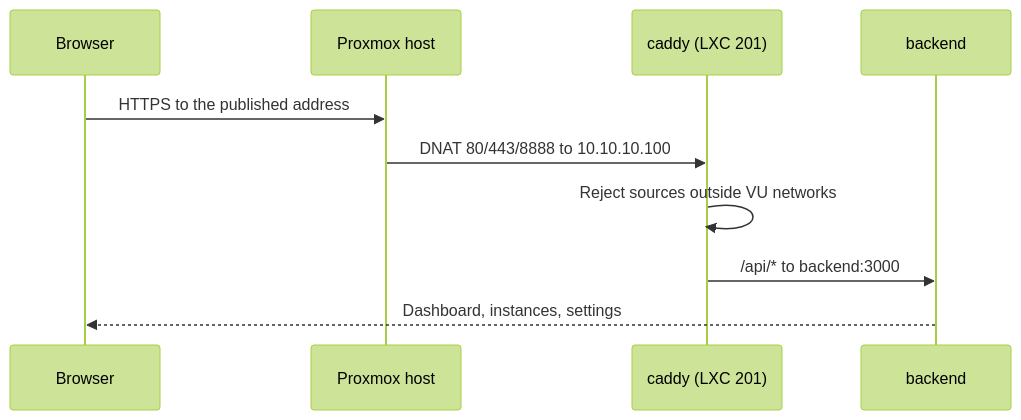
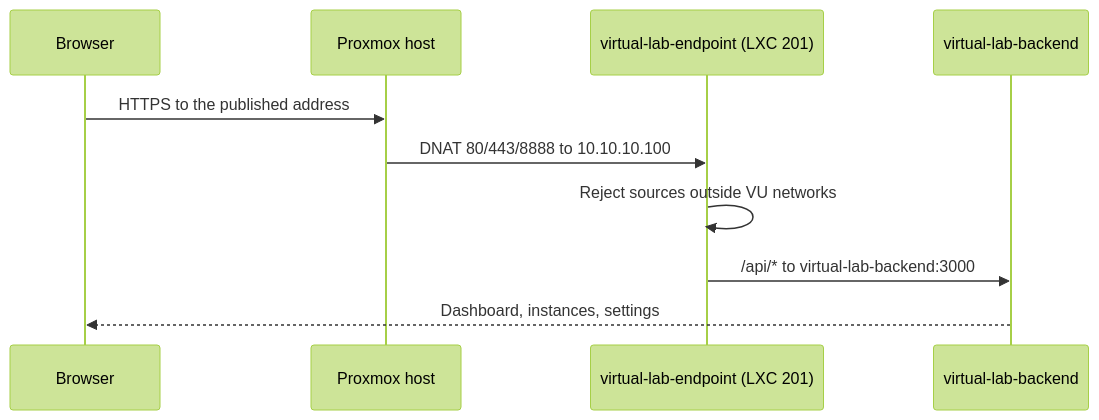
Before and after one commit to kaunofakultetas/virtuallab.knf.vu.lt: the third of 5 diagrams in docs/content/architecture/infrastructure.md, drawn with Mermaid (forest theme). The commit also changed other lines of this file and 69 other files, not shown here.

````diff
--- a/docs/content/architecture/infrastructure.md
+++ b/docs/content/architecture/infrastructure.md
@@ -130,12 +135,12 @@
 ```mermaid
 sequenceDiagram
     participant B as Browser
     participant H as Proxmox host
-    participant C as caddy (LXC 201)
-    participant A as backend
+    participant C as virtual-lab-endpoint (LXC 201)
+    participant A as virtual-lab-backend
     B->>H: HTTPS to the published address
     H->>C: DNAT 80/443/8888 to 10.10.10.100
     C->>C: Reject sources outside VU networks
-    C->>A: /api/* to backend:3000
+    C->>A: /api/* to virtual-lab-backend:3000
     A-->>B: Dashboard, instances, settings
 ```
````
